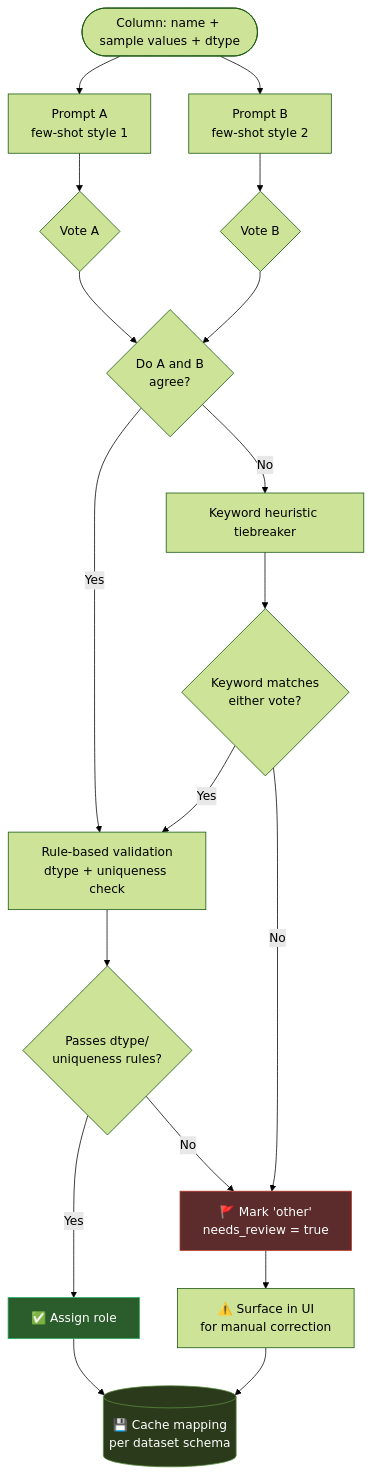
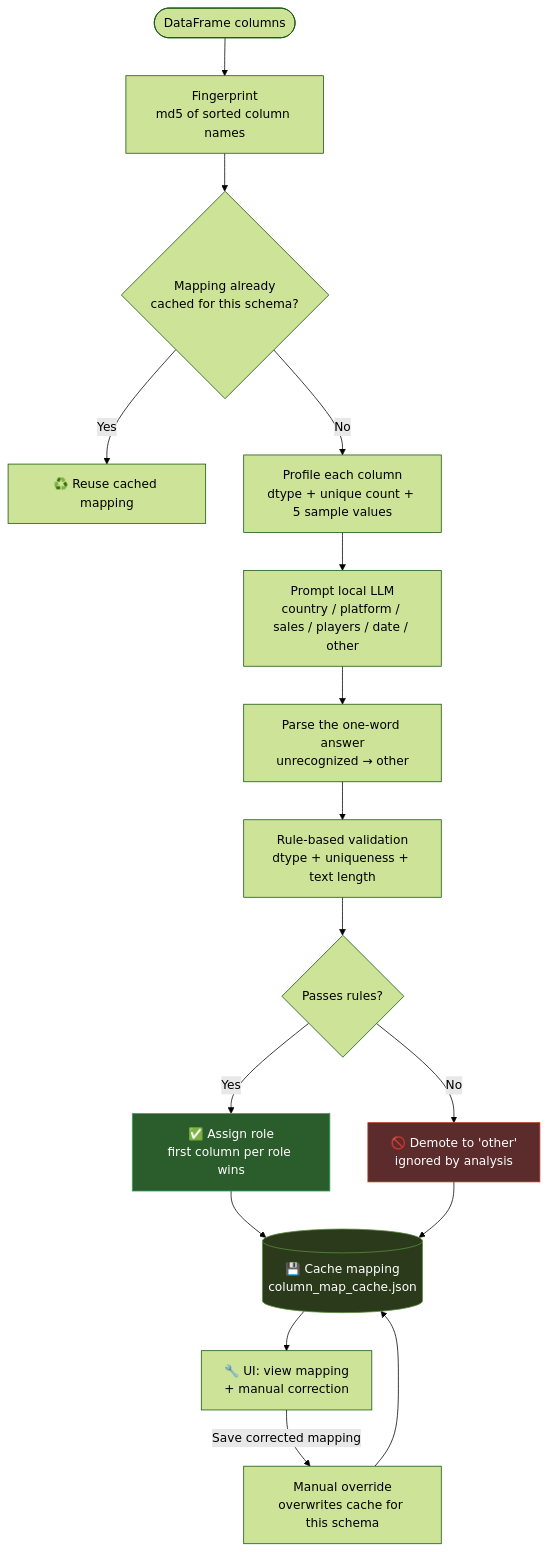
The fourth of 9 diagrams in README.md (Worof/-GTA-V-Worldwide-Sales-Multi-Agent-AI-System), drawn with Mermaid (forest theme) before and after one commit. The commit also changed other lines of this file, not shown here.

````diff
--- a/README.md
+++ b/README.md
@@ -186,24 +196,22 @@
 ```mermaid
 flowchart TD
-    START([Column: name + sample values + dtype]) --> P1[Prompt A<br/>few-shot style 1]
-    START --> P2[Prompt B<br/>few-shot style 2]
-    P1 --> V1{Vote A}
-    P2 --> V2{Vote B}
-    V1 --> AGREE{Do A and B<br/>agree?}
-    V2 --> AGREE
-    AGREE -->|Yes| VALID[Rule-based validation<br/>dtype + uniqueness check]
-    AGREE -->|No| KW[Keyword heuristic tiebreaker]
-    KW --> KWMATCH{Keyword matches<br/>either vote?}
-    KWMATCH -->|Yes| VALID
-    KWMATCH -->|No| FLAG[🚩 Mark 'other'<br/>needs_review = true]
-    VALID --> ROLEOK{Passes dtype/<br/>uniqueness rules?}
-    ROLEOK -->|Yes| ASSIGN[✅ Assign role]
-    ROLEOK -->|No| FLAG
-    ASSIGN --> CACHE[(💾 Cache mapping<br/>per dataset schema)]
-    FLAG --> UI[⚠️ Surface in UI<br/>for manual correction]
-    UI --> CACHE
+    START([DataFrame columns]) --> FP[Fingerprint<br/>md5 of sorted column names]
+    FP --> HIT{Mapping already<br/>cached for this schema?}
+    HIT -->|Yes| REUSE[♻️ Reuse cached mapping]
+    HIT -->|No| PROFILE[Profile each column<br/>dtype + unique count + 5 sample values]
+    PROFILE --> PROMPT[Prompt local LLM<br/>country / platform / sales / players / date / other]
+    PROMPT --> PARSE[Parse the one-word answer<br/>unrecognized → other]
+    PARSE --> VALID[Rule-based validation<br/>dtype + uniqueness + text length]
+    VALID --> ROLEOK{Passes rules?}
+    ROLEOK -->|Yes| ASSIGN[✅ Assign role<br/>first column per role wins]
+    ROLEOK -->|No| OTHER[🚫 Demote to 'other'<br/>ignored by analysis]
+    ASSIGN --> CACHE[(💾 Cache mapping<br/>column_map_cache.json)]
+    OTHER --> CACHE
+    CACHE --> UI[🔧 UI: view mapping<br/>+ manual correction]
+    UI -->|Save corrected mapping| OVERRIDE[Manual override<br/>overwrites cache for this schema]
+    OVERRIDE --> CACHE
 
-    style FLAG fill:#5c2b2b,stroke:#c0392b,color:#fff
+    style OTHER fill:#5c2b2b,stroke:#c0392b,color:#fff
     style ASSIGN fill:#2b5c2b,stroke:#27ae60,color:#fff
     style CACHE fill:#2b3a1a,stroke:#5c8e44,color:#fff
 ```
````
